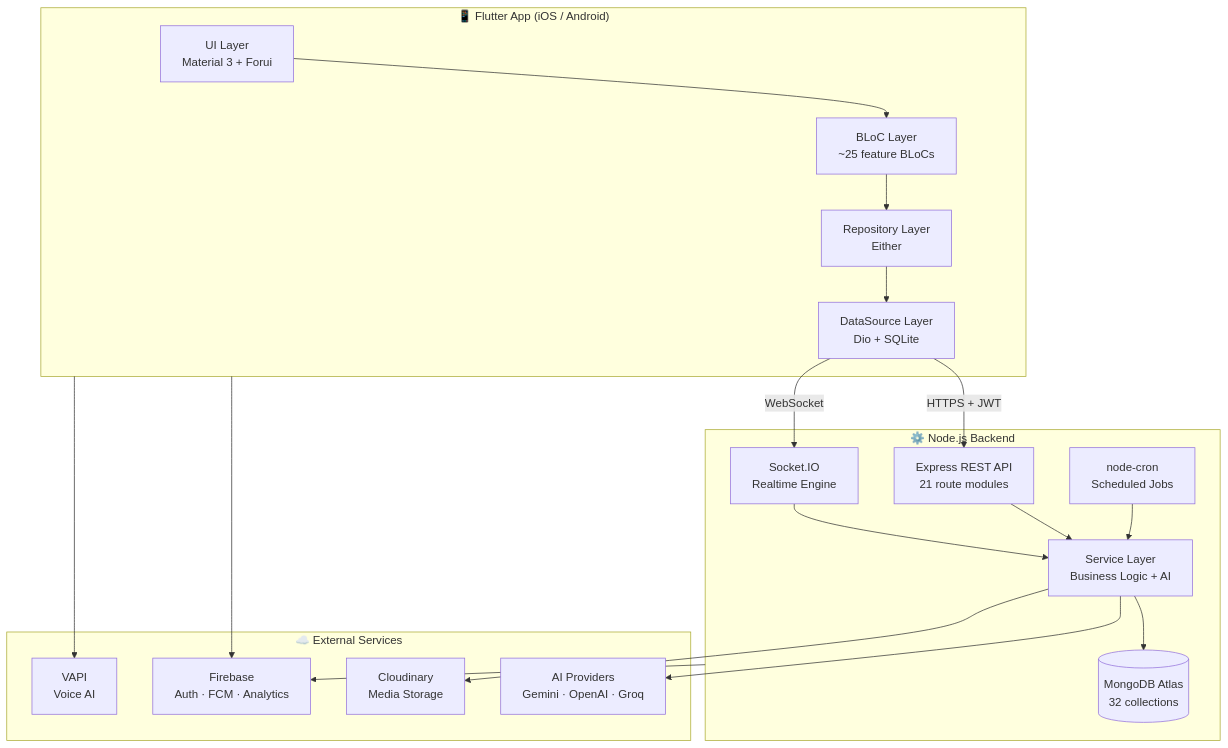
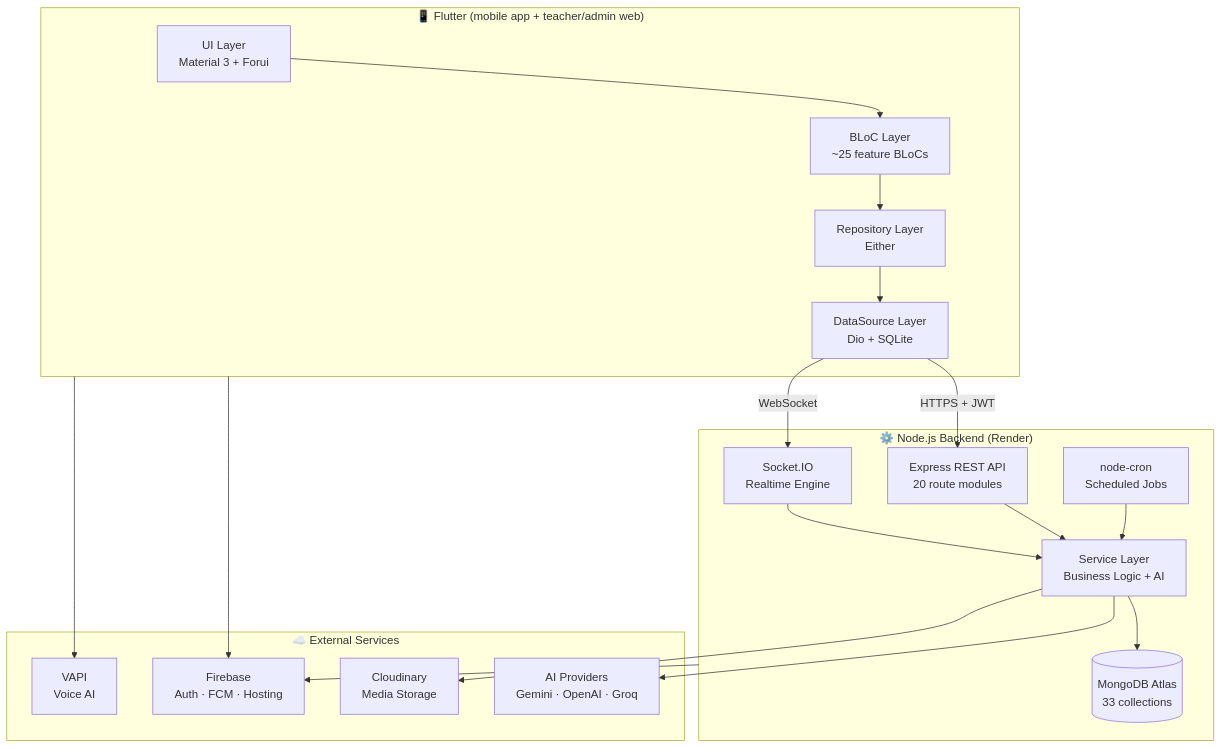
Before and after one commit to phanduy2004/english_for_community: the diagram in README.md, drawn with Mermaid. The commit also changed other lines of this file and 1 other file, not shown here.

First line of the commit message:
docs: rewrite README + fix .env.example (MONGO_URI, db english_community)

````diff
--- a/README.md
+++ b/README.md
@@ -45,36 +45,36 @@
 ```mermaid
 flowchart TB
-  subgraph mobile ["📱 Flutter App (iOS / Android)"]
+  subgraph clients ["📱 Flutter (mobile app + teacher/admin web)"]
     UI["UI Layer\nMaterial 3 + Forui"]
     BLoC["BLoC Layer\n~25 feature BLoCs"]
     Repo["Repository Layer\nEither<Failure, T>"]
     DS["DataSource Layer\nDio + SQLite"]
   end
 
-  subgraph backend ["⚙️ Node.js Backend"]
-    API["Express REST API\n21 route modules"]
+  subgraph backend ["⚙️ Node.js Backend (Render)"]
+    API["Express REST API\n20 route modules"]
     WS["Socket.IO\nRealtime Engine"]
     SVC["Service Layer\nBusiness Logic + AI"]
-    DB[("MongoDB Atlas\n32 collections")]
+    DB[("MongoDB Atlas\n33 collections")]
     Jobs["node-cron\nScheduled Jobs"]
   end
 
   subgraph external ["☁️ External Services"]
-    Firebase["Firebase\nAuth · FCM · Analytics"]
+    Firebase["Firebase\nAuth · FCM · Hosting"]
     AI["AI Providers\nGemini · OpenAI · Groq"]
     Cloud["Cloudinary\nMedia Storage"]
     VAPI["VAPI\nVoice AI"]
   end
 
   UI --> BLoC --> Repo --> DS
   DS -->|"HTTPS + JWT"| API
   DS -->|"WebSocket"| WS
   API --> SVC --> DB
   WS --> SVC
   Jobs --> SVC
   SVC --> AI
   SVC --> Cloud
-  mobile --> Firebase
+  clients --> Firebase
   backend --> Firebase
-  mobile --> VAPI
+  clients --> VAPI
 ```
````
